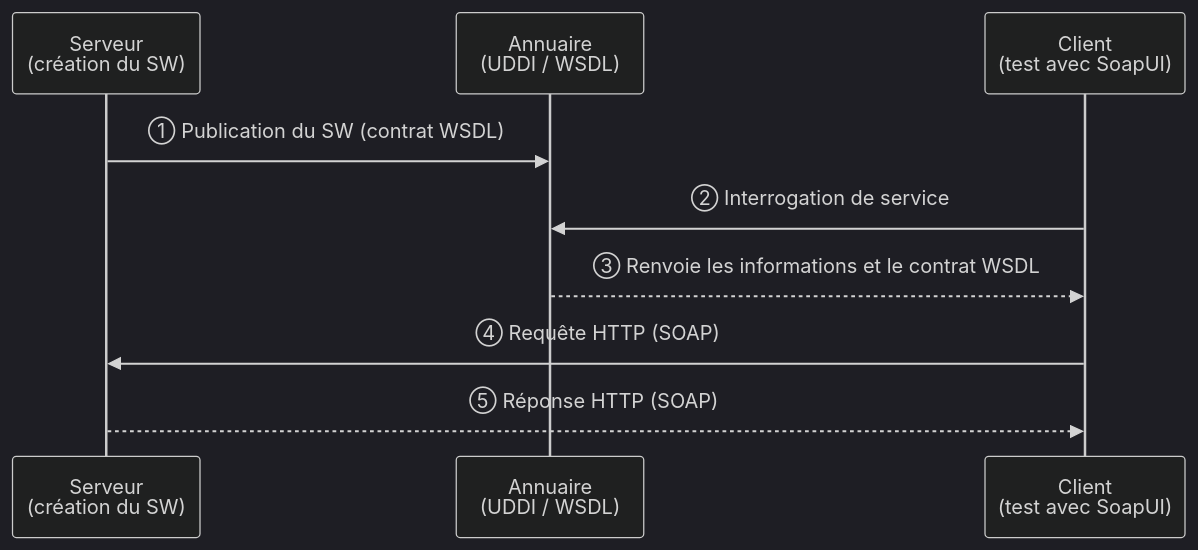
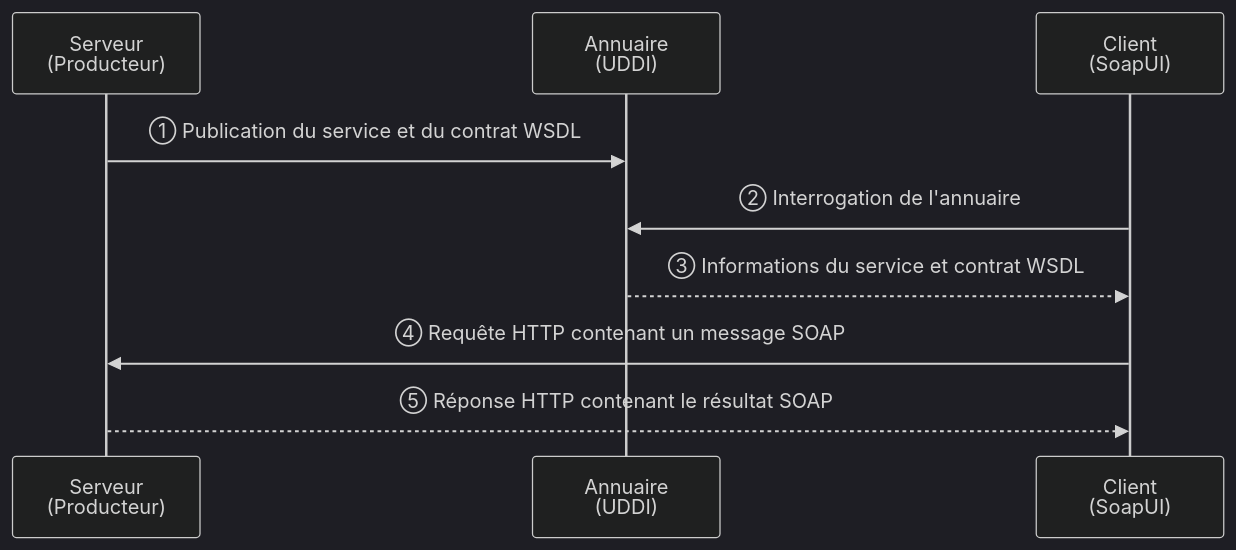
One commit to bouassidachayma/CalculatriceWS changed the diagram in README.md. Above: the diagram before and after it, drawn with Mermaid (dark theme). The commit also changed other lines of this file and 2 other files, not shown here.

````diff
--- a/README.md
+++ b/README.md
@@ -32,12 +43,12 @@
 ```mermaid
 sequenceDiagram
-    participant S as Serveur<br/>(création du SW)
-    participant A as Annuaire<br/>(UDDI / WSDL)
-    participant C as Client<br/>(test avec SoapUI)
+    participant S as Serveur<br/>(Producteur)
+    participant A as Annuaire<br/>(UDDI)
+    participant C as Client<br/>(SoapUI)
 
-    S->>A: ① Publication du SW (contrat WSDL)
-    C->>A: ② Interrogation de service
-    A-->>C: ③ Renvoie les informations et le contrat WSDL
-    C->>S: ④ Requête HTTP (SOAP)
-    S-->>C: ⑤ Réponse HTTP (SOAP)
+    S->>A: ① Publication du service et du contrat WSDL
+    C->>A: ② Interrogation de l'annuaire
+    A-->>C: ③ Informations du service et contrat WSDL
+    C->>S: ④ Requête HTTP contenant un message SOAP
+    S-->>C: ⑤ Réponse HTTP contenant le résultat SOAP
 ```
````
